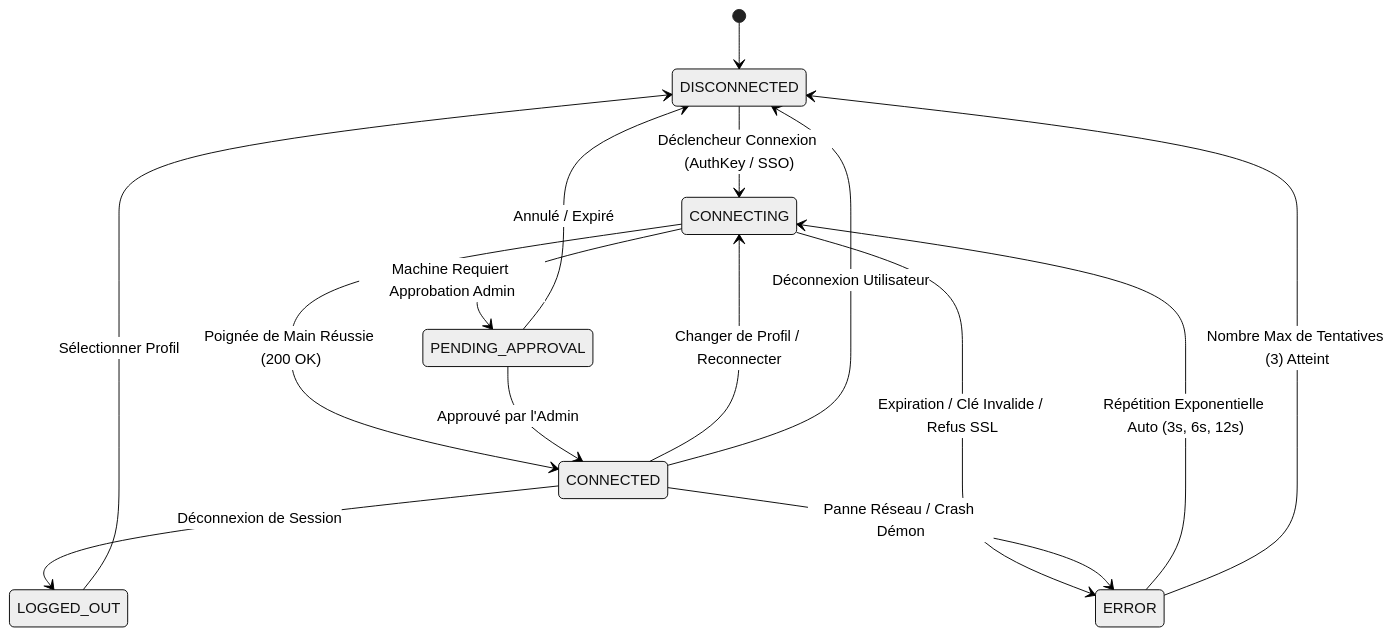
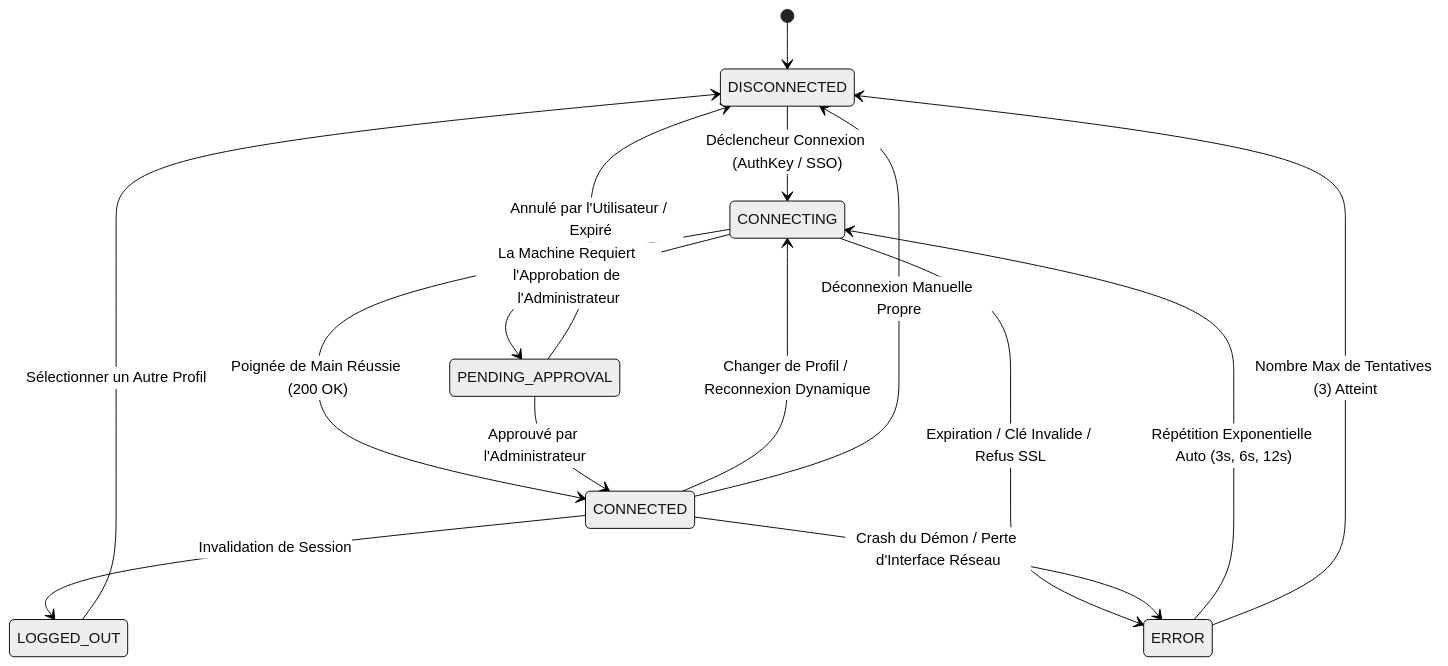
One commit to Arean82/Tailscale-Headscale-Client changed the second of 3 diagrams in Docs/README_fr.md. Above: the diagram before and after it, drawn with Mermaid (neutral theme). The commit also changed other lines of this file and 3 other files, not shown here.

````diff
--- a/Docs/README_fr.md
+++ b/Docs/README_fr.md
@@ -69,22 +82,22 @@
 ```mermaid
 stateDiagram-v2
     [*] --> DISCONNECTED
 
     DISCONNECTED --> CONNECTING : Déclencheur Connexion (AuthKey / SSO)
     CONNECTING --> CONNECTED : Poignée de Main Réussie (200 OK)
     CONNECTING --> ERROR : Expiration / Clé Invalide / Refus SSL
-    CONNECTING --> PENDING_APPROVAL : Machine Requiert Approbation Admin
+    CONNECTING --> PENDING_APPROVAL : La Machine Requiert l'Approbation de l'Administrateur
 
-    PENDING_APPROVAL --> CONNECTED : Approuvé par l'Admin
-    PENDING_APPROVAL --> DISCONNECTED : Annulé / Expiré
+    PENDING_APPROVAL --> CONNECTED : Approuvé par l'Administrateur
+    PENDING_APPROVAL --> DISCONNECTED : Annulé par l'Utilisateur / Expiré
 
-    CONNECTED --> CONNECTING : Changer de Profil / Reconnecter
-    CONNECTED --> DISCONNECTED : Déconnexion Utilisateur
-    CONNECTED --> LOGGED_OUT : Déconnexion de Session
-    CONNECTED --> ERROR : Panne Réseau / Crash Démon
+    CONNECTED --> CONNECTING : Changer de Profil / Reconnexion Dynamique
+    CONNECTED --> DISCONNECTED : Déconnexion Manuelle Propre
+    CONNECTED --> LOGGED_OUT : Invalidation de Session
+    CONNECTED --> ERROR : Crash du Démon / Perte d'Interface Réseau
 
     ERROR --> CONNECTING : Répétition Exponentielle Auto (3s, 6s, 12s)
     ERROR --> DISCONNECTED : Nombre Max de Tentatives (3) Atteint
 
-    LOGGED_OUT --> DISCONNECTED : Sélectionner Profil
+    LOGGED_OUT --> DISCONNECTED : Sélectionner un Autre Profil
 ```
````
